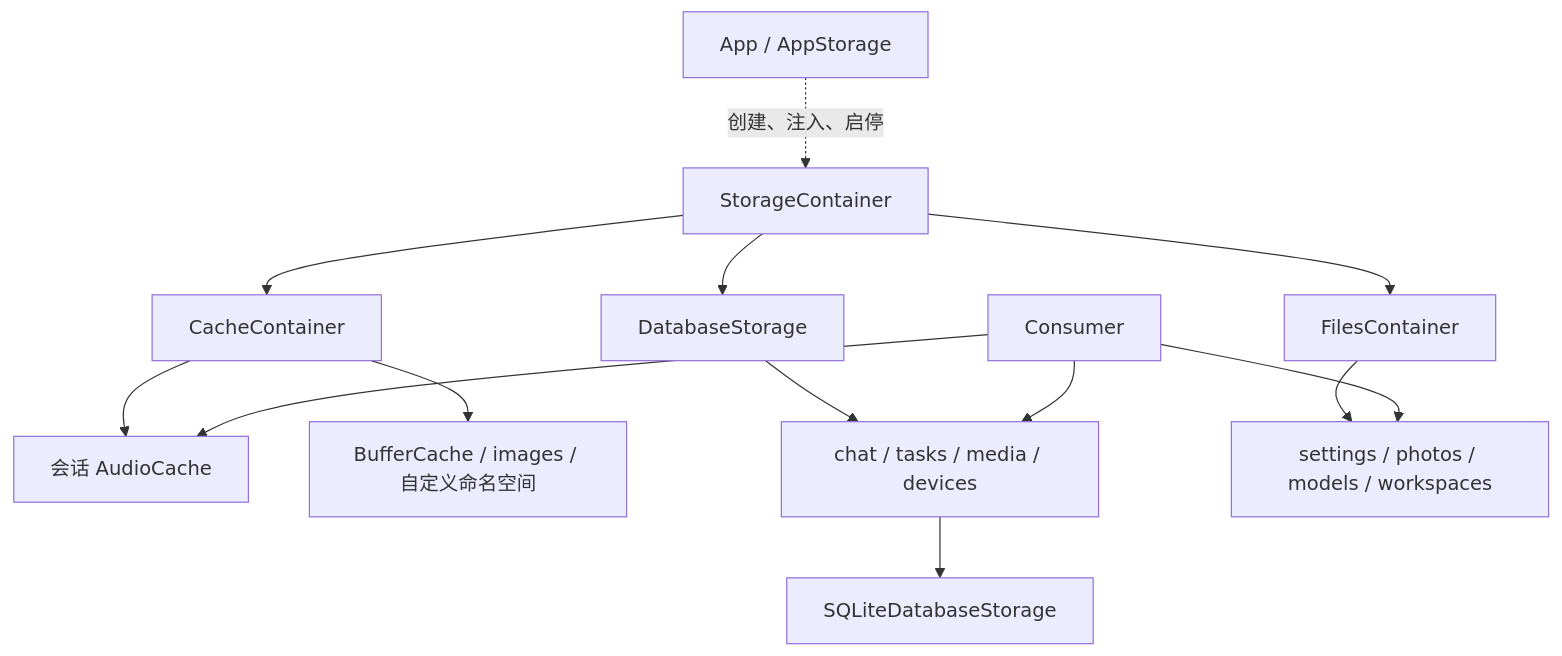
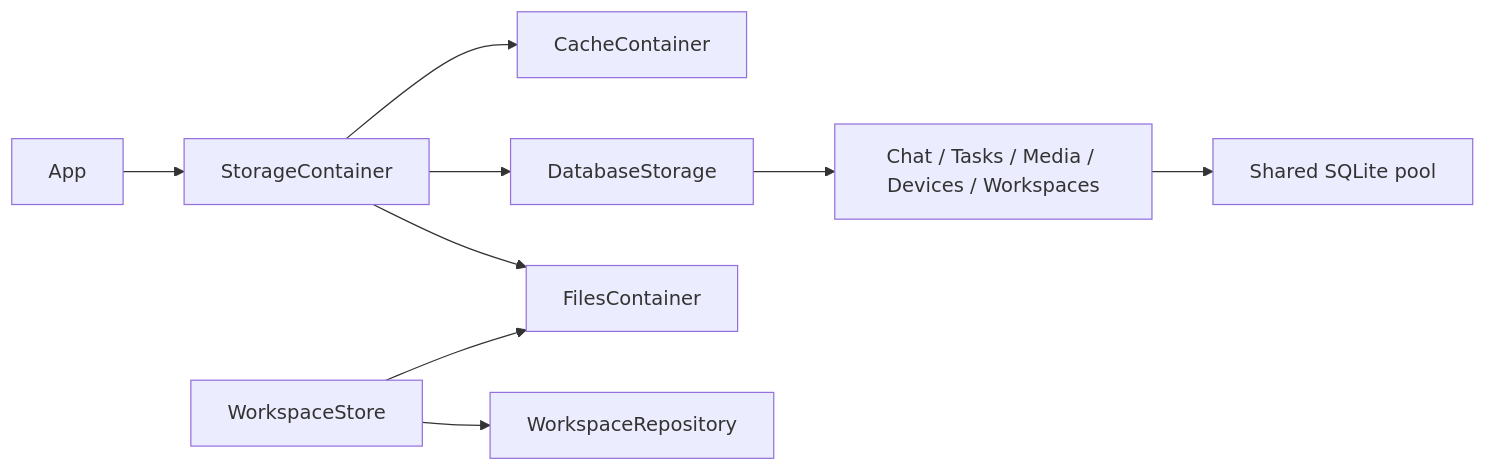
One commit to devilyouwei/MobileHarness changed the diagram in MobileHarness/Storage/README.md. Above: the diagram before and after it, drawn with Mermaid. The commit also changed other lines of this file and 225 other files, not shown here.

````diff
--- a/MobileHarness/Storage/README.md
+++ b/MobileHarness/Storage/README.md
@@ -11,15 +22,11 @@
 ```mermaid
-flowchart TB
- App[App / AppStorage] -.->|创建、注入、启停| Root[StorageContainer]
+flowchart LR
+ App --> Root[StorageContainer]
  Root --> Cache[CacheContainer]
  Root --> DB[DatabaseStorage]
  Root --> Files[FilesContainer]
- Cache --> Audio[会话 AudioCache]
- Cache --> Buffers[BufferCache / images / 自定义命名空间]
- DB --> Repos[chat / tasks / media / devices]
- Repos --> SQLite[SQLiteDatabaseStorage]
- Files --> Names[settings / photos / models / workspaces]
- Consumer --> Audio
- Consumer --> Repos
- Consumer --> Names
+ DB --> Ports[Chat / Tasks / Media / Devices / Workspaces]
+ Ports --> SQL[Shared SQLite pool]
+ WorkspaceStore --> Files
+ WorkspaceStore --> WorkspaceRepository
 ```
````
